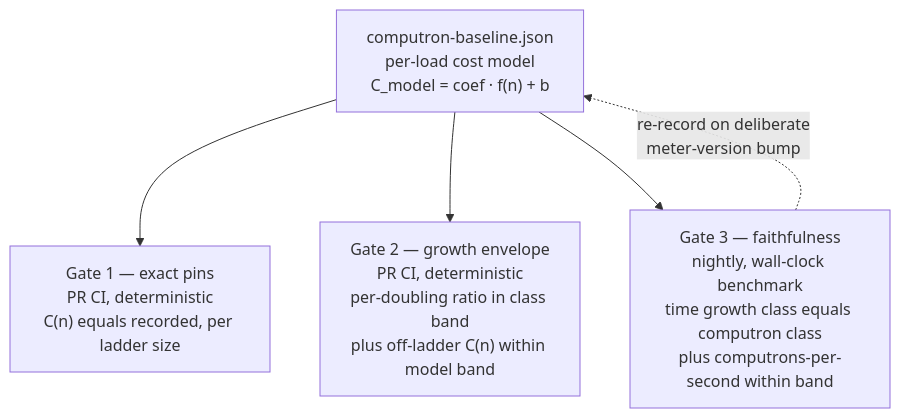
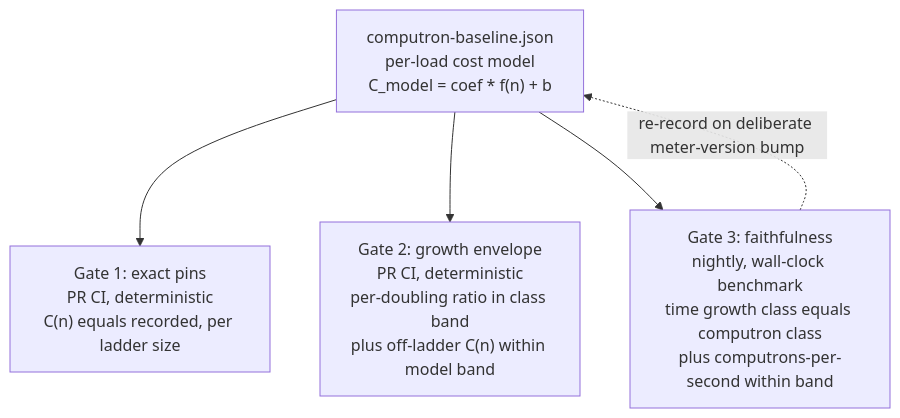
The diagram in designs/ironhorse-computron-benchmark-baseline.md (endojs/endo-but-for-bots), drawn with Mermaid before and after one commit. The commit also changed other lines of this file and 1 other file, not shown here.

````diff
--- a/designs/ironhorse-computron-benchmark-baseline.md
+++ b/designs/ironhorse-computron-benchmark-baseline.md
@@ -92,8 +111,8 @@
 ```mermaid
 flowchart TD
-    B["computron-baseline.json<br/>per-load cost model<br/>C_model = coef · f(n) + b"]
-    B --> G1["Gate 1 — exact pins<br/>PR CI, deterministic<br/>C(n) equals recorded, per ladder size"]
-    B --> G2["Gate 2 — growth envelope<br/>PR CI, deterministic<br/>per-doubling ratio in class band<br/>plus off-ladder C(n) within model band"]
-    B --> G3["Gate 3 — faithfulness<br/>nightly, wall-clock benchmark<br/>time growth class equals computron class<br/>plus computrons-per-second within band"]
-    G3 -. "re-record on deliberate<br/>meter-version bump" .-> B
+    B["computron-baseline.json<br/>per-load cost model<br/>C_model = coef * f(n) + b"]
+    B --> G1["Gate 1: exact pins<br/>PR CI, deterministic<br/>C(n) equals recorded, per ladder size"]
+    B --> G2["Gate 2: growth envelope<br/>PR CI, deterministic<br/>per-doubling ratio in class band<br/>plus off-ladder C(n) within model band"]
+    B --> G3["Gate 3: faithfulness<br/>nightly, wall-clock benchmark<br/>time growth class equals computron class<br/>plus computrons-per-second within band"]
+    G3 -. "re-record on deliberate meter-version bump" .-> B
 ```
````
